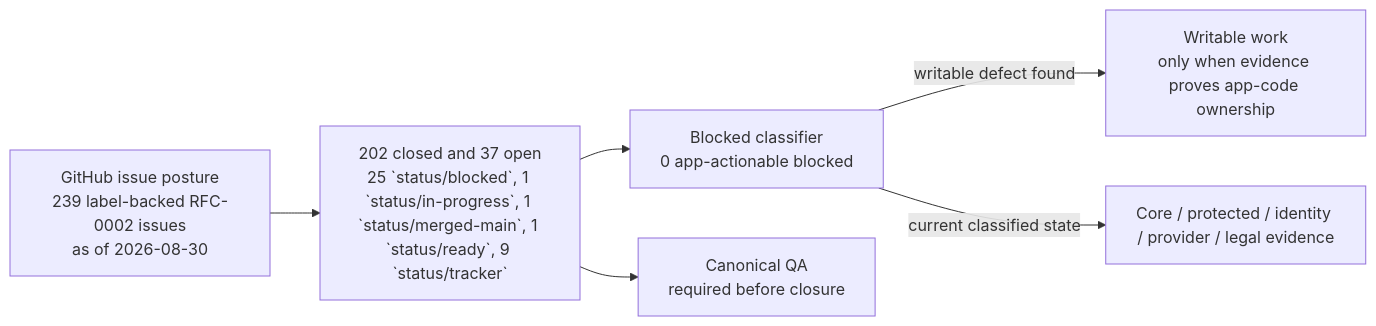
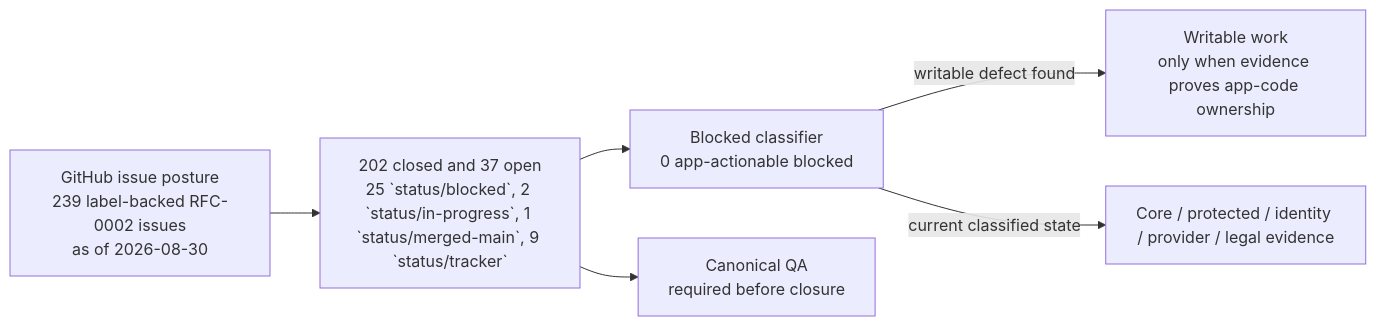
The first of 2 diagrams in wiki/RFC-0002-Execution-Status.md (sgajbi/lotus-idea), drawn with Mermaid before and after one commit. The commit also changed other lines of this file and 9 other files, not shown here.

````diff
--- a/wiki/RFC-0002-Execution-Status.md
+++ b/wiki/RFC-0002-Execution-Status.md
@@ -48,15 +48,15 @@
 ```mermaid
 flowchart LR
     Issues["GitHub issue posture<br/>239 label-backed RFC-0002 issues<br/>as of 2026-08-30"]
-    Open["202 closed and 37 open<br/>25 `status/blocked`, 1 `status/in-progress`, 1 `status/merged-main`, 1 `status/ready`, 9 `status/tracker`"]
+    Open["202 closed and 37 open<br/>25 `status/blocked`, 2 `status/in-progress`, 1 `status/merged-main`, 9 `status/tracker`"]
     Blocked["Blocked classifier<br/>0 app-actionable blocked"]
     Work["Writable work<br/>only when evidence proves app-code ownership"]
     External["Core / protected / identity / provider / legal evidence"]
     QA["Canonical QA<br/>required before closure"]
 
     Issues --> Open
     Open --> Blocked
     Blocked -->|"writable defect found"| Work
     Blocked -->|"current classified state"| External
     Open --> QA
 ```
````
